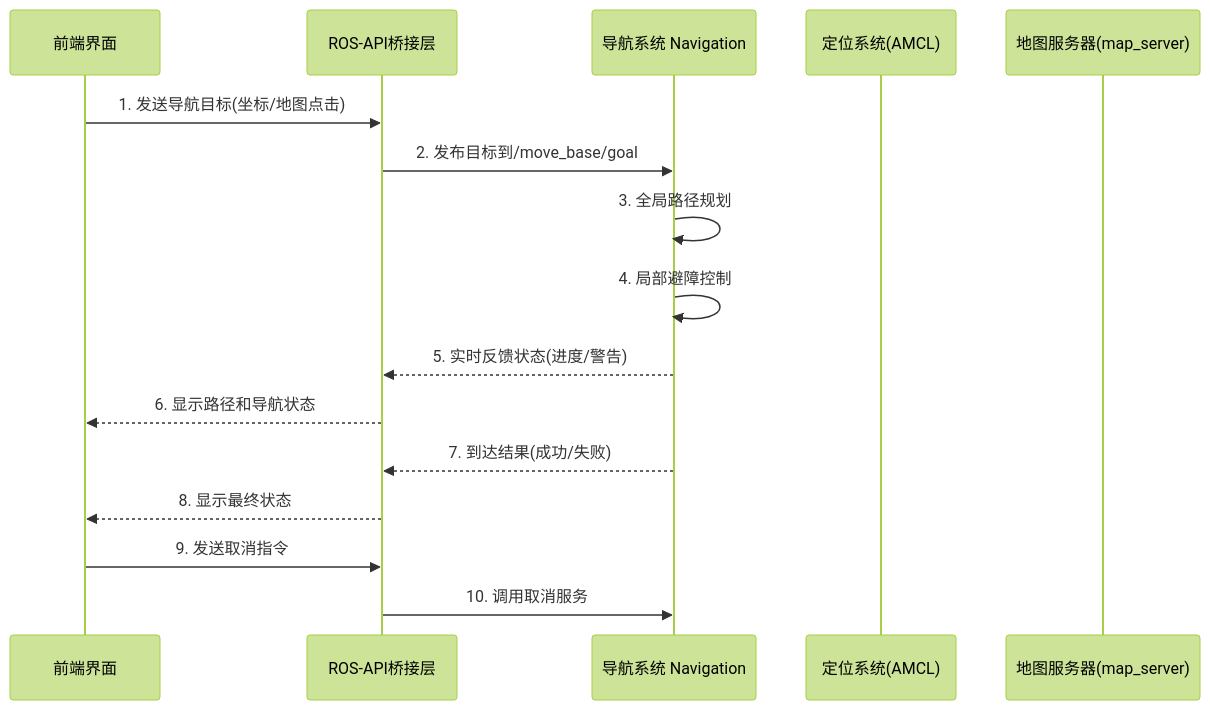
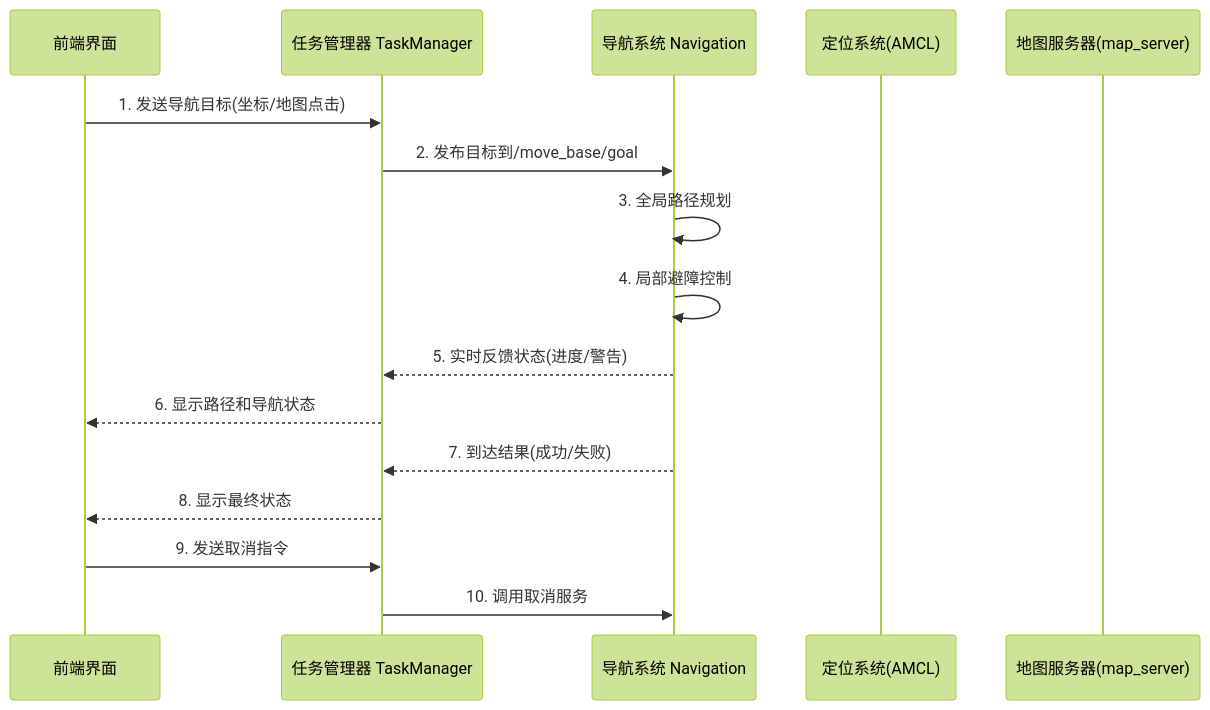
The fifth of 9 diagrams in docs/设计草稿 - 简化版.md (EinNiemand28/BUAA_SE_Embedded_2025_team1), drawn with Mermaid (forest theme) before and after one commit. The commit also changed other lines of this file and 15 other files, not shown here.

````diff
--- a/docs/设计草稿 - 简化版.md
+++ b/docs/设计草稿 - 简化版.md
@@ -125,19 +125,19 @@
 ```mermaid
 sequenceDiagram
     participant 前端 as 前端界面
-    participant ROS_API as ROS-API桥接层
+    participant TaskManager as 任务管理器 TaskManager
     participant move_base as 导航系统 Navigation
     participant 定位 as 定位系统(AMCL)
     participant 地图 as 地图服务器(map_server)
 
-    前端->>ROS_API: 1. 发送导航目标(坐标/地图点击)
-    ROS_API->>move_base: 2. 发布目标到/move_base/goal
+    前端->>TaskManager: 1. 发送导航目标(坐标/地图点击)
+    TaskManager->>move_base: 2. 发布目标到/move_base/goal
     move_base->>move_base: 3. 全局路径规划
     move_base->>move_base: 4. 局部避障控制
-    move_base-->>ROS_API: 5. 实时反馈状态(进度/警告)
-    ROS_API-->>前端: 6. 显示路径和导航状态
-    move_base-->>ROS_API: 7. 到达结果(成功/失败)
-    ROS_API-->>前端: 8. 显示最终状态
-    前端->>ROS_API: 9. 发送取消指令
-    ROS_API->>move_base: 10. 调用取消服务
+    move_base-->>TaskManager: 5. 实时反馈状态(进度/警告)
+    TaskManager-->>前端: 6. 显示路径和导航状态
+    move_base-->>TaskManager: 7. 到达结果(成功/失败)
+    TaskManager-->>前端: 8. 显示最终状态
+    前端->>TaskManager: 9. 发送取消指令
+    TaskManager->>move_base: 10. 调用取消服务
 ```
````
